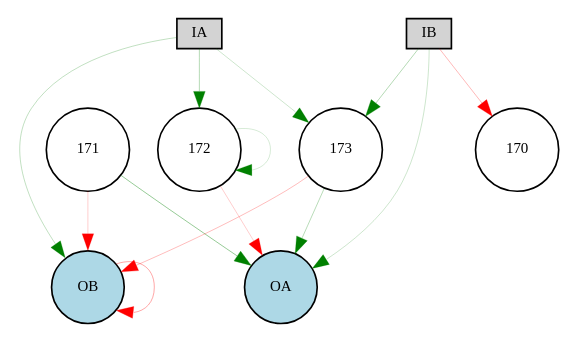
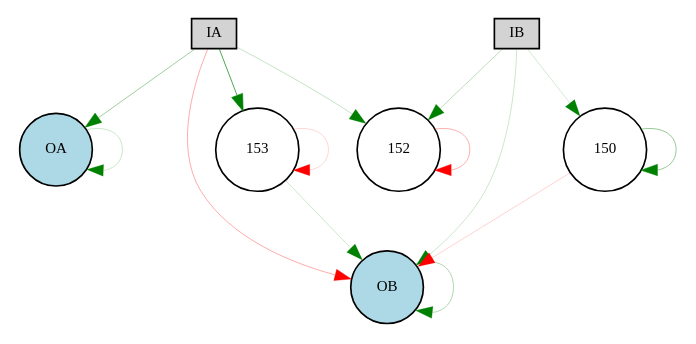
One commit to danxan/neuromorphic-evolution changed the diagram in source/discrete_experiment/Digraph.gv. Above: the diagram before and after it, drawn with Graphviz. The commit also changed 5 other files, not shown here.

```diff
--- a/source/discrete_experiment/Digraph.gv
+++ b/source/discrete_experiment/Digraph.gv
@@ -1,23 +1,23 @@
 digraph {
 	node [fontsize=9 height=0.2 shape=circle width=0.2]
 	IA [fillcolor=lightgray shape=box style=filled]
 	IB [fillcolor=lightgray shape=box style=filled]
 	OA [fillcolor=lightblue style=filled]
 	OB [fillcolor=lightblue style=filled]
-	171 [fillcolor=white style=filled]
-	172 [fillcolor=white style=filled]
-	173 [fillcolor=white style=filled]
-	IA -> 172 [color=green penwidth=0.18177453518927827 style=solid]
-	IA -> 173 [color=green penwidth=0.11525654338224839 style=solid]
-	172 -> 172 [color=green penwidth=0.1005191522313945 style=solid]
-	171 -> OA [color=green penwidth=0.25254836759968013 style=solid]
-	173 -> OA [color=green penwidth=0.166803024220898 style=solid]
-	IB -> OA [color=green penwidth=0.11744115130427661 style=solid]
-	IA -> OB [color=green penwidth=0.14901999032238702 style=solid]
-	173 -> OB [color=red penwidth=0.16257283005870055 style=solid]
-	172 -> OA [color=red penwidth=0.12035679259011856 style=solid]
-	171 -> OB [color=red penwidth=0.11622399935816598 style=solid]
-	IB -> 173 [color=green penwidth=0.1769971528190641 style=solid]
-	OB -> OB [color=red penwidth=0.20559698748429434 style=solid]
-	IB -> 170 [color=red penwidth=0.1669423787243272 style=solid]
+	150 [fillcolor=white style=filled]
+	153 [fillcolor=white style=filled]
+	OA -> OA [color=green penwidth=0.12353534596637775 style=solid]
+	IA -> OA [color=green penwidth=0.22595502096994635 style=solid]
+	IA -> 152 [color=green penwidth=0.13687613457798486 style=solid]
+	153 -> 153 [color=red penwidth=0.1 style=solid]
+	152 -> 152 [color=red penwidth=0.19020847943971758 style=solid]
+	153 -> OB [color=green penwidth=0.11896492069401662 style=solid]
+	IB -> 152 [color=green penwidth=0.16394793918544548 style=solid]
+	IB -> OB [color=green penwidth=0.11710254601361067 style=solid]
+	150 -> 150 [color=green penwidth=0.25248409669245575 style=solid]
+	150 -> OB [color=red penwidth=0.11268012715222037 style=solid]
+	IB -> 150 [color=green penwidth=0.10948912339420676 style=solid]
+	IA -> OB [color=red penwidth=0.19790410969403788 style=solid]
+	IA -> 153 [color=green penwidth=0.4241138350791921 style=solid]
+	OB -> OB [color=green penwidth=0.18651663782534253 style=solid]
 }
```
